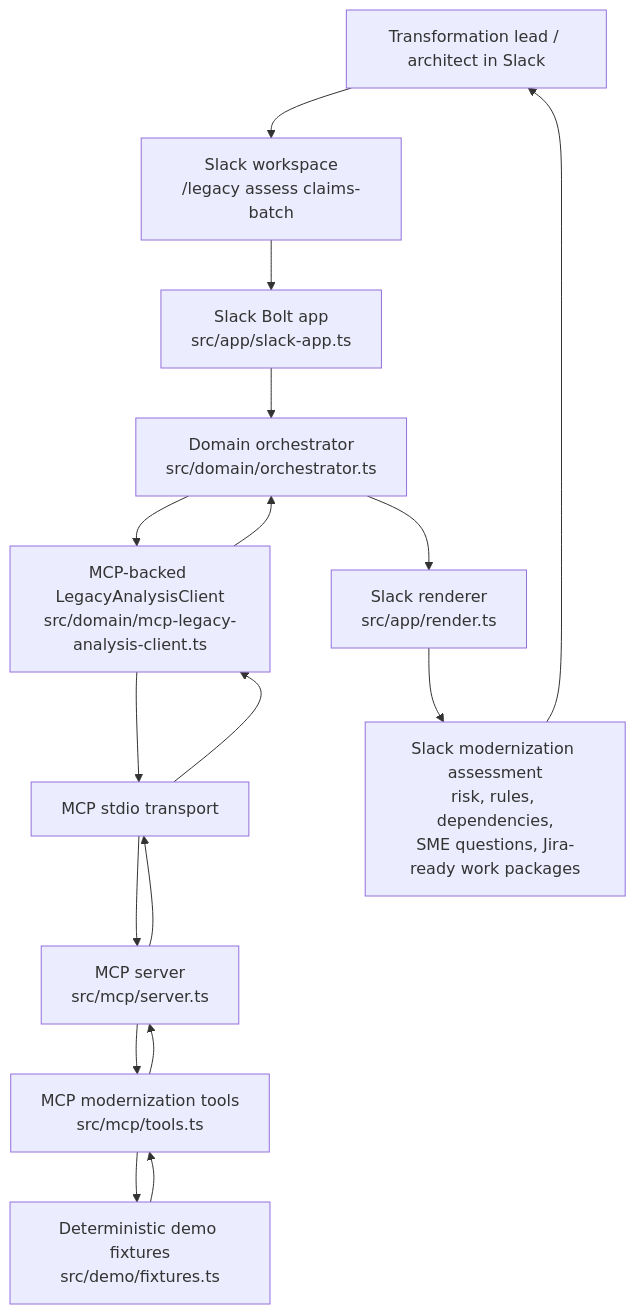
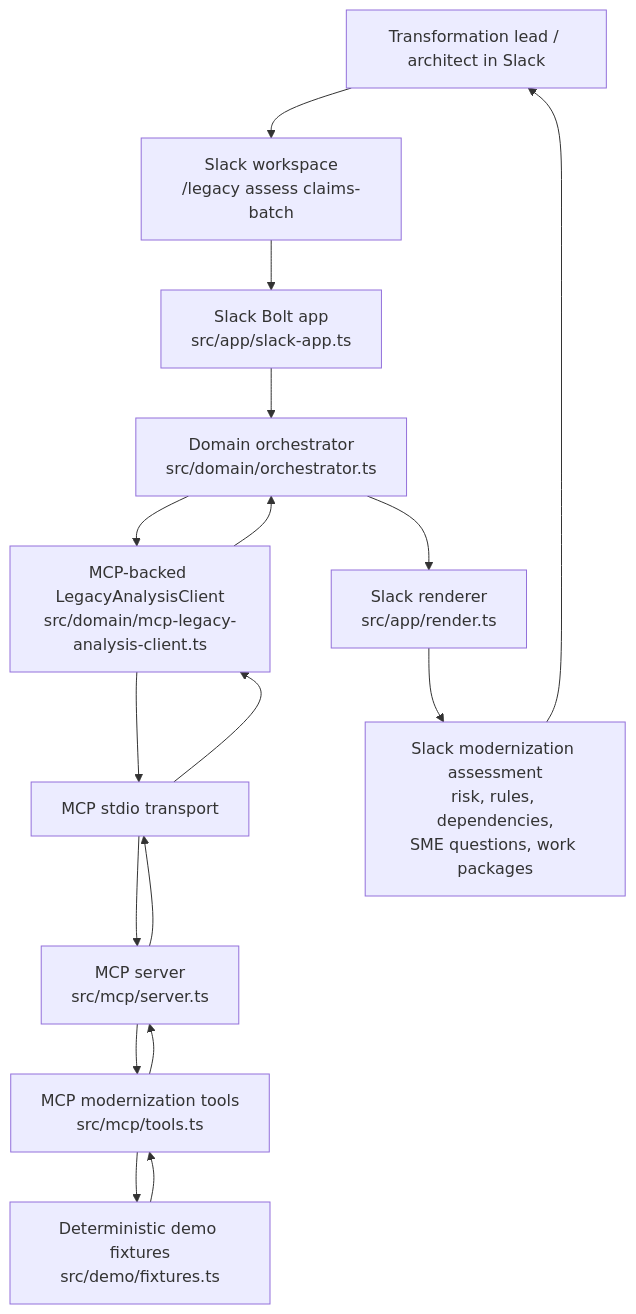
Before and after one commit to Nafsgerman/slack-legacy-modernization-commander: the diagram in docs/ARCHITECTURE_DIAGRAM.md, drawn with Mermaid. The commit also changed other lines of this file and 5 other files, not shown here.

Commit message:
Tighten demo and architecture claim wording

````diff
--- a/docs/ARCHITECTURE_DIAGRAM.md
+++ b/docs/ARCHITECTURE_DIAGRAM.md
@@ -3,31 +3,31 @@
 ```mermaid
 flowchart TD
     user[Transformation lead / architect in Slack]
     slack[Slack workspace<br/>/legacy assess claims-batch]
     bolt[Slack Bolt app<br/>src/app/slack-app.ts]
     orchestrator[Domain orchestrator<br/>src/domain/orchestrator.ts]
     client[MCP-backed LegacyAnalysisClient<br/>src/domain/mcp-legacy-analysis-client.ts]
     transport[MCP stdio transport]
     server[MCP server<br/>src/mcp/server.ts]
     tools[MCP modernization tools<br/>src/mcp/tools.ts]
     fixtures[Deterministic demo fixtures<br/>src/demo/fixtures.ts]
     renderer[Slack renderer<br/>src/app/render.ts]
-    response[Slack modernization assessment<br/>risk, rules, dependencies,<br/>SME questions, Jira-ready work packages]
+    response[Slack modernization assessment<br/>risk, rules, dependencies,<br/>SME questions, work packages]
 
     user --> slack
     slack --> bolt
     bolt --> orchestrator
     orchestrator --> client
     client --> transport
     transport --> server
     server --> tools
     tools --> fixtures
     fixtures --> tools
     tools --> server
     server --> transport
     transport --> client
     client --> orchestrator
     orchestrator --> renderer
     renderer --> response
     response --> user
 ```
````
